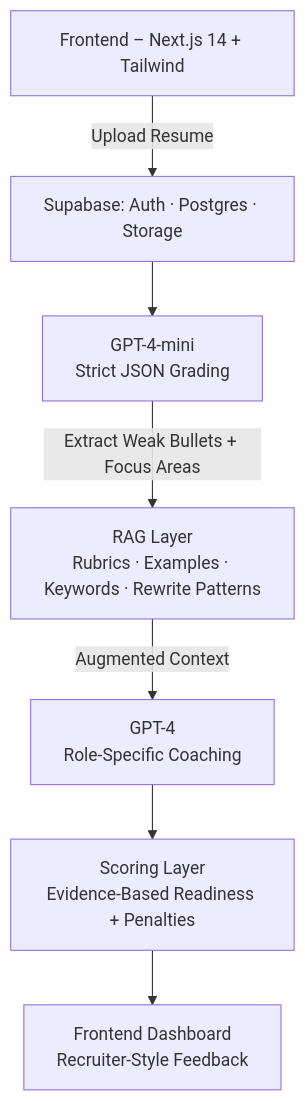
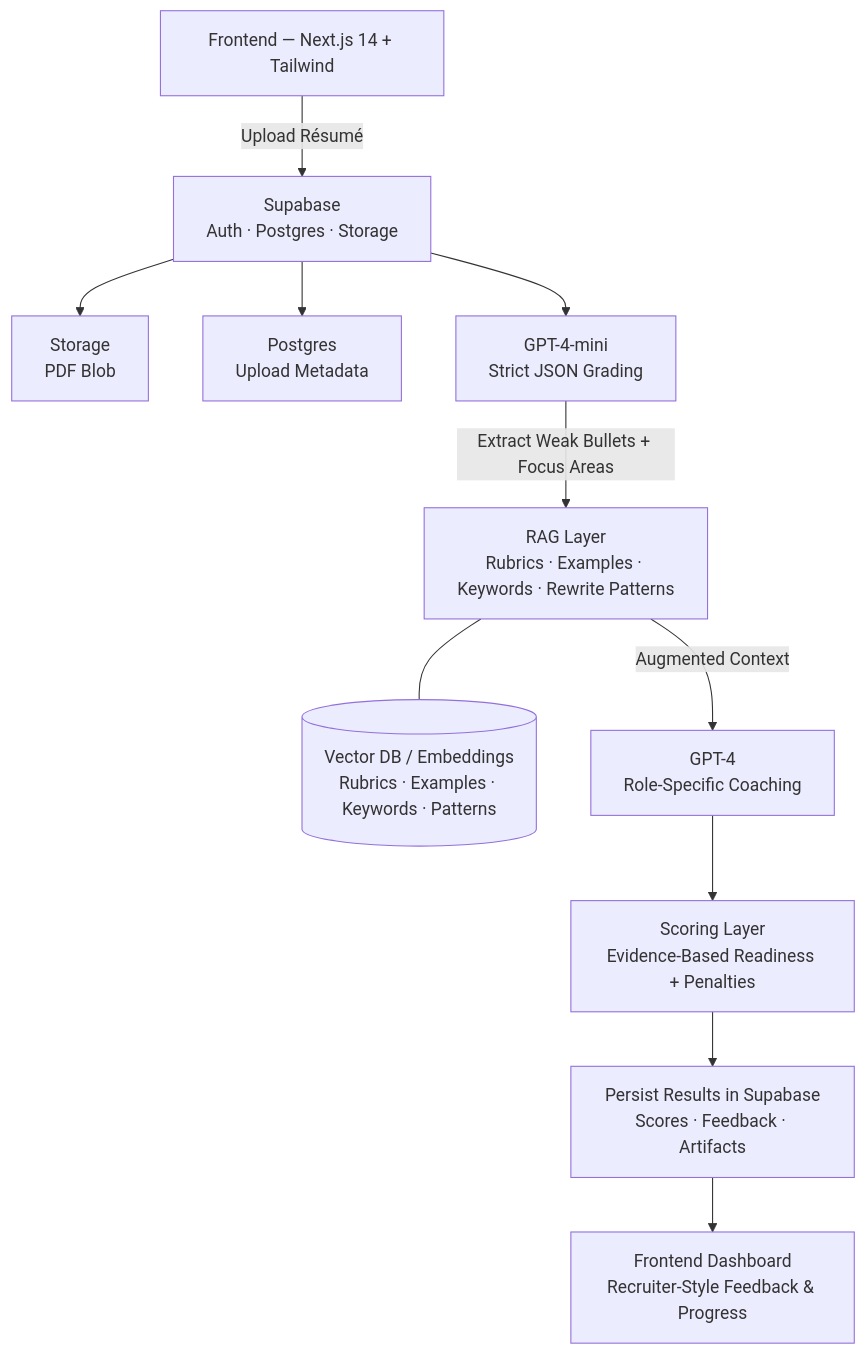
One commit to Sahil24680/CVReady.ai changed the diagram in README.md. Above: the diagram before and after it, drawn with Mermaid.

````diff
--- a/README.md
+++ b/README.md
@@ -156,11 +156,28 @@
 ```mermaid
 flowchart TB
-    A[Frontend – Next.js 14 + Tailwind] -->|Upload Resume| B[Supabase: Auth · Postgres · Storage]
+    %% Top: user entry
+    A[Frontend — Next.js 14 + Tailwind] -->|Upload Résumé| B[Supabase<br/>Auth · Postgres · Storage]
 
+    %% Ingest branches
+    B --> B1[Storage<br/>PDF Blob]
+    B --> B2[Postgres<br/>Upload Metadata]
+
+    %% Mini model grading first
     B --> C[GPT-4-mini<br/>Strict JSON Grading]
     C -->|Extract Weak Bullets + Focus Areas| D[RAG Layer<br/>Rubrics · Examples · Keywords · Rewrite Patterns]
+
+    %% RAG retrieval source (side branch)
+    D --- V[(Vector DB / Embeddings<br/>Rubrics · Examples · Keywords · Patterns)]
+
+    %% Big model coaching
     D -->|Augmented Context| E[GPT-4<br/>Role-Specific Coaching]
 
-    E --> G[Scoring Layer<br/>Evidence-Based Readiness + Penalties]
-    G --> H[Frontend Dashboard<br/>Recruiter-Style Feedback]
+    %% Scoring AFTER final model
+    E --> F[Scoring Layer<br/>Evidence-Based Readiness + Penalties]
+
+    %% STORE before display
+    F --> S[Persist Results in Supabase<br/>Scores · Feedback · Artifacts]
+
+    %% Finally render to UI
+    S --> H[Frontend Dashboard<br/>Recruiter-Style Feedback & Progress]
 ```
````
